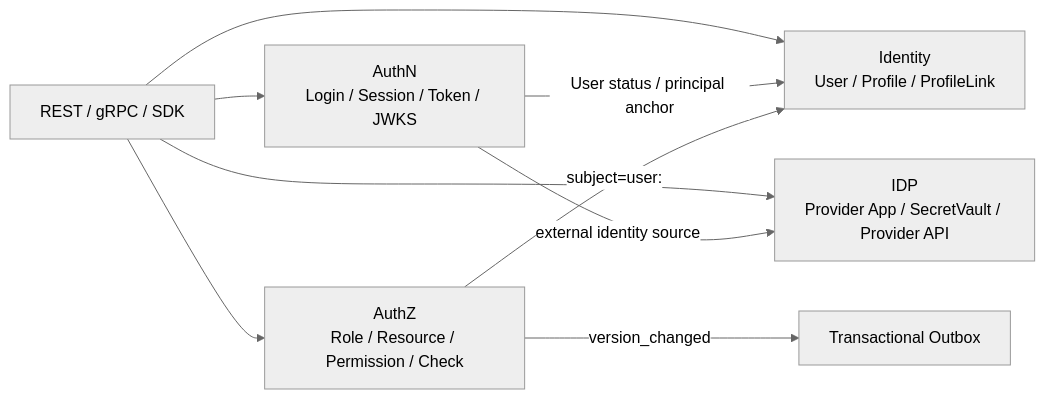
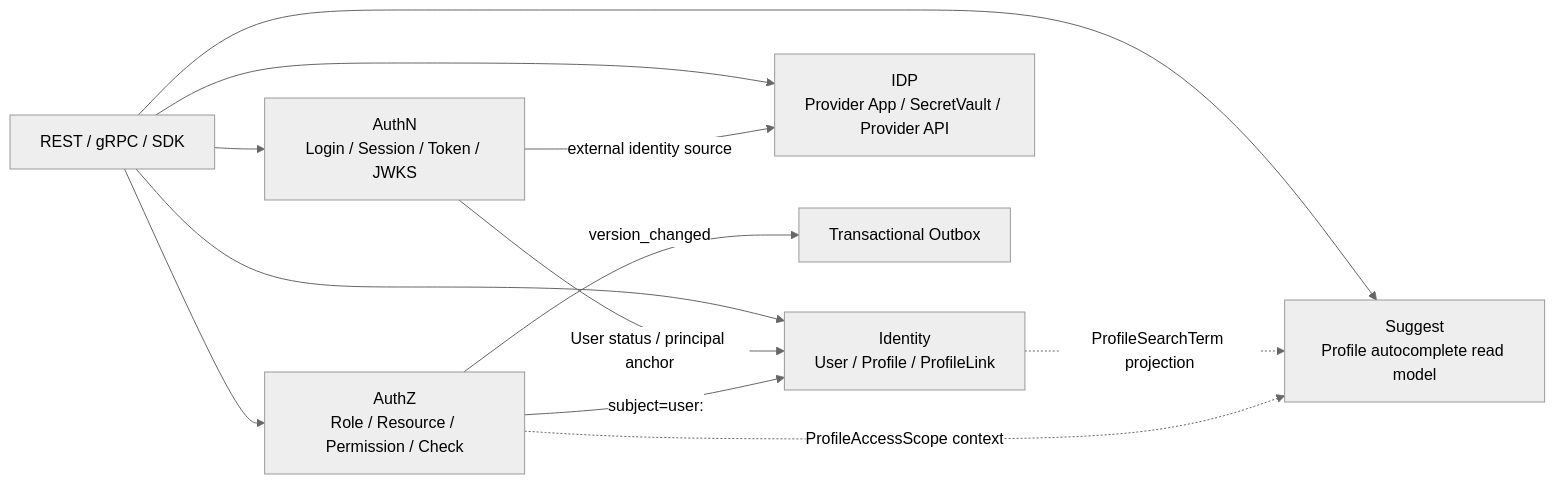
Before and after one commit to FangcunMount/iam: the second of 3 diagrams in README.md, drawn with Mermaid (neutral theme). The commit also changed other lines of this file and 16 other files, not shown here.

````diff
--- a/README.md
+++ b/README.md
@@ -95,19 +118,23 @@
 ```mermaid
 flowchart LR
     AuthN["AuthN<br/>Login / Session / Token / JWKS"]
     AuthZ["AuthZ<br/>Role / Resource / Permission / Check"]
     Identity["Identity<br/>User / Profile / ProfileLink"]
     IDP["IDP<br/>Provider App / SecretVault / Provider API"]
+    Suggest["Suggest<br/>Profile autocomplete read model"]
     Access["REST / gRPC / SDK"]
     Outbox["Transactional Outbox"]
 
     Access --> AuthN
     Access --> AuthZ
     Access --> Identity
     Access --> IDP
+    Access --> Suggest
 
     AuthN -->|"User status / principal anchor"| Identity
     AuthN -->|"external identity source"| IDP
     AuthZ -->|"subject=user:<id>"| Identity
     AuthZ -->|"version_changed"| Outbox
+    Identity -."ProfileSearchTerm projection".-> Suggest
+    AuthZ -."ProfileAccessScope context".-> Suggest
 ```
````
